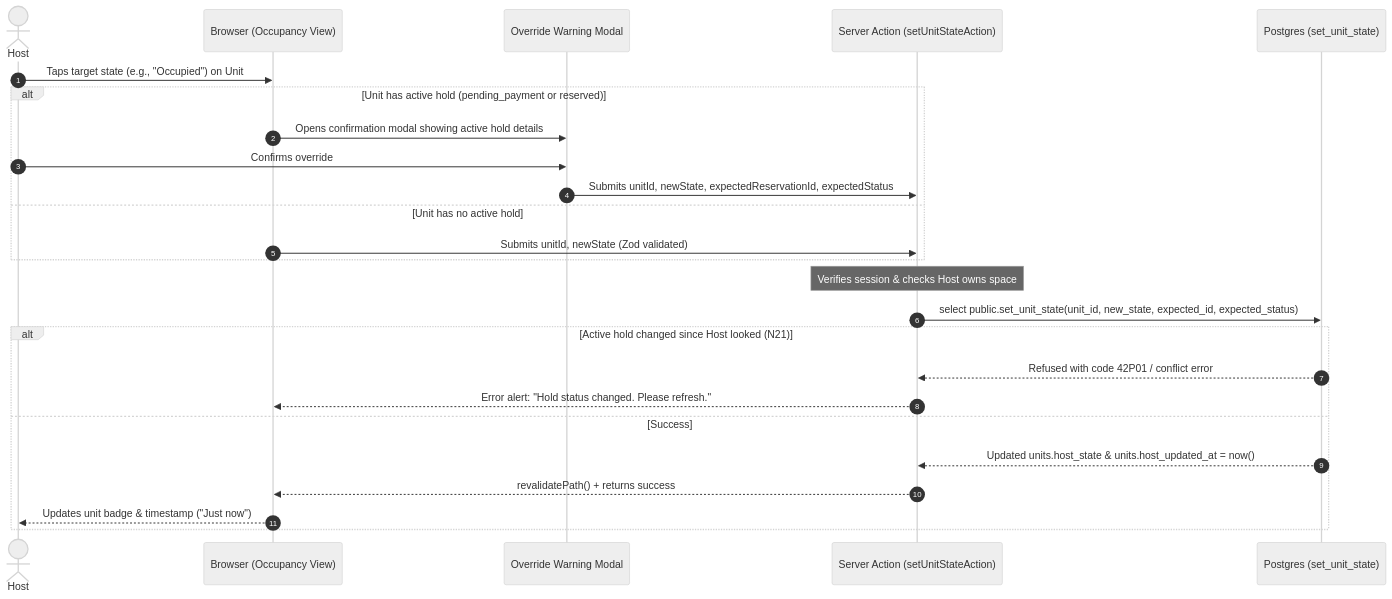
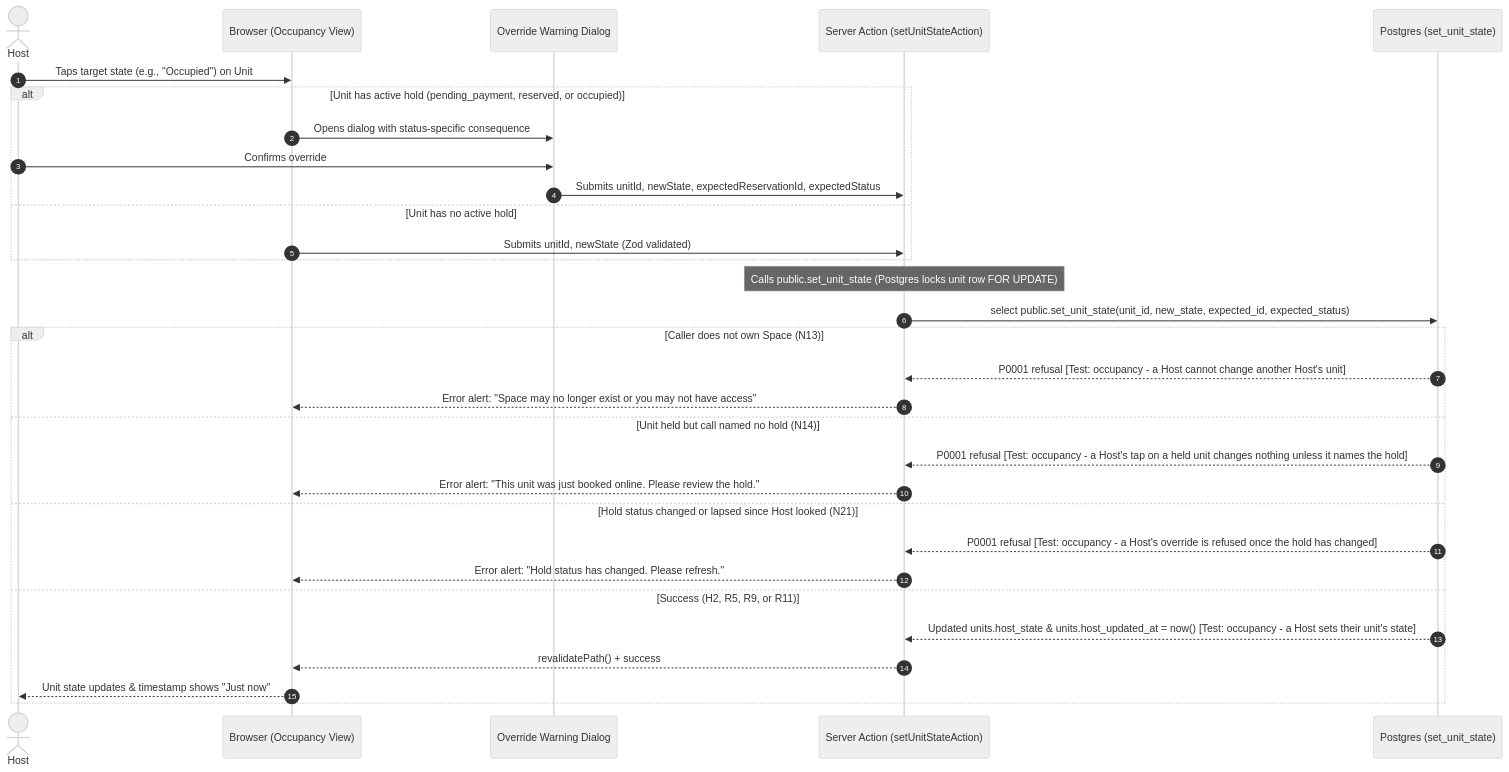
Before and after one commit to dreeyanzz/studyhub: the diagram in docs/design/STORY-12-host-occupancy.md, drawn with Mermaid (neutral theme). The commit also changed other lines of this file and 1 other file, not shown here.

First line of the commit message:
docs(STORY-12): address review feedback on host occupancy design

````diff
--- a/docs/design/STORY-12-host-occupancy.md
+++ b/docs/design/STORY-12-host-occupancy.md
@@ -40,30 +42,36 @@
 ```mermaid
 sequenceDiagram
     autonumber
     actor H as Host
     participant B as Browser (Occupancy View)
-    participant M as Override Warning Modal
+    participant M as Override Warning Dialog
     participant SA as Server Action (setUnitStateAction)
     participant DB as Postgres (set_unit_state)
 
     H->>B: Taps target state (e.g., "Occupied") on Unit #4
-    alt Unit has active hold (pending_payment or reserved)
-        B->>M: Opens confirmation modal showing active hold details
+    alt Unit has active hold (pending_payment, reserved, or occupied)
+        B->>M: Opens dialog with status-specific consequence
         H->>M: Confirms override
         M->>SA: Submits unitId, newState, expectedReservationId, expectedStatus
     else Unit has no active hold
         B->>SA: Submits unitId, newState (Zod validated)
     end
 
-    Note over SA: Verifies session & checks Host owns space
+    Note over SA: Calls public.set_unit_state (Postgres locks unit row FOR UPDATE)
     SA->>DB: select public.set_unit_state(unit_id, new_state, expected_id, expected_status)
 
-    alt Active hold changed since Host looked (N21)
-        DB-->>SA: Refused with code 42P01 / conflict error
-        SA-->>B: Error alert: "Hold status changed. Please refresh."
-    else Success
-        DB-->>SA: Updated units.host_state & units.host_updated_at = now()
-        SA-->>B: revalidatePath() + returns success
-        B-->>H: Updates unit badge & timestamp ("Just now")
+    alt Caller does not own Space (N13)
+        DB-->>SA: P0001 refusal [Test: occupancy - a Host cannot change another Host's unit]
+        SA-->>B: Error alert: "Space may no longer exist or you may not have access"
+    else Unit held but call named no hold (N14)
+        DB-->>SA: P0001 refusal [Test: occupancy - a Host's tap on a held unit changes nothing unless it names the hold]
+        SA-->>B: Error alert: "This unit was just booked online. Please review the hold."
+    else Hold status changed or lapsed since Host looked (N21)
+        DB-->>SA: P0001 refusal [Test: occupancy - a Host's override is refused once the hold has changed]
+        SA-->>B: Error alert: "Hold status has changed. Please refresh."
+    else Success (H2, R5, R9, or R11)
+        DB-->>SA: Updated units.host_state & units.host_updated_at = now() [Test: occupancy - a Host sets their unit's state]
+        SA-->>B: revalidatePath() + success
+        B-->>H: Unit state updates & timestamp shows "Just now"
     end
 ```
````
